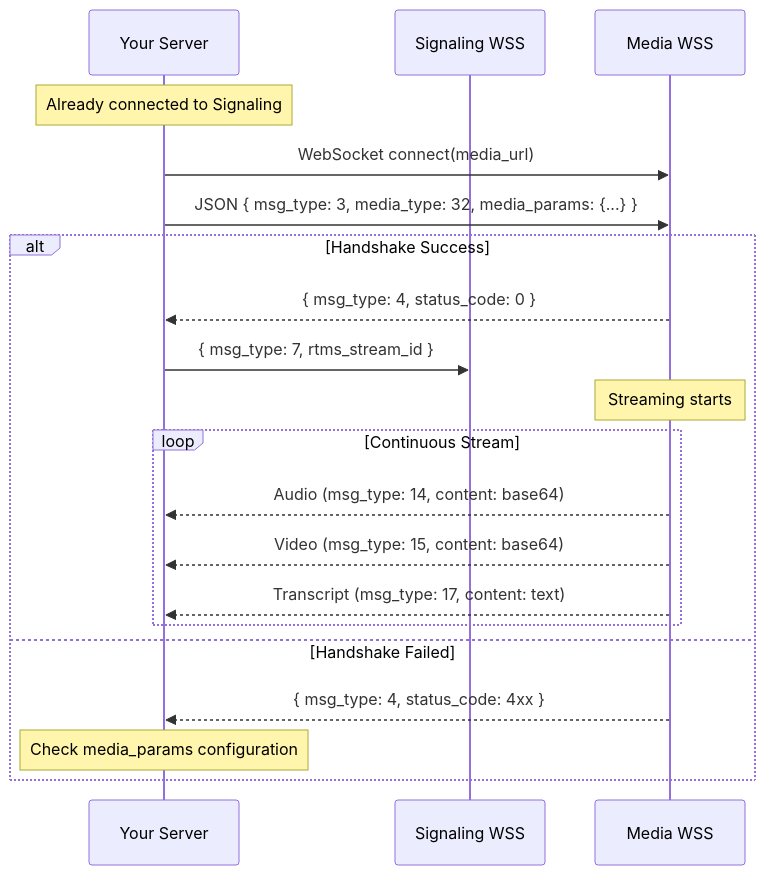
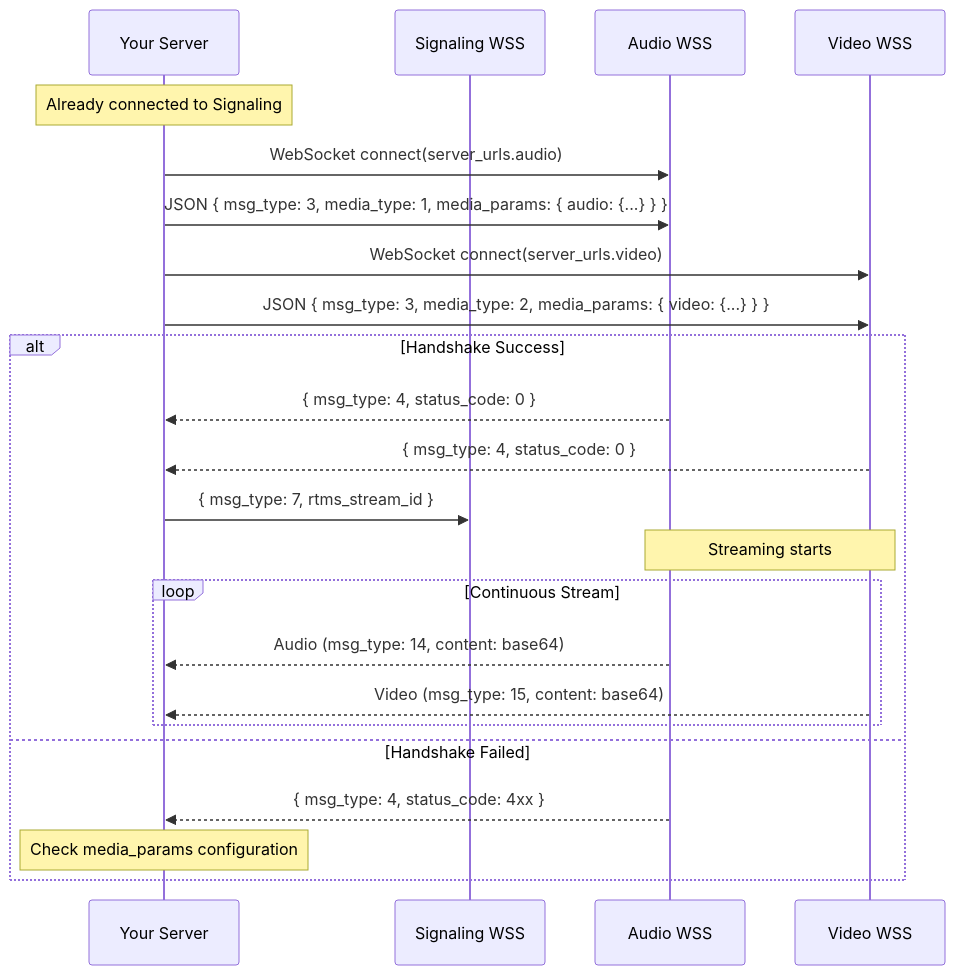
One commit to gengtang26/rtms-samples changed the third of 5 diagrams in ARCHITECTURE.md. Above: the diagram before and after it, drawn with Mermaid. The commit also changed other lines of this file and 140 other files, not shown here.

````diff
--- a/ARCHITECTURE.md
+++ b/ARCHITECTURE.md
@@ -106,26 +106,29 @@
 ```mermaid
 sequenceDiagram
     participant Server as Your Server
     participant Sig as Signaling WSS
-    participant Media as Media WSS
+    participant Audio as Audio WSS
+    participant Video as Video WSS
 
     Note over Server: Already connected to Signaling
 
-    Server->>Media: WebSocket connect(media_url)
-    Server->>Media: JSON { msg_type: 3, media_type: 32, media_params: {...} }
+    Server->>Audio: WebSocket connect(server_urls.audio)
+    Server->>Audio: JSON { msg_type: 3, media_type: 1, media_params: { audio: {...} } }
+    Server->>Video: WebSocket connect(server_urls.video)
+    Server->>Video: JSON { msg_type: 3, media_type: 2, media_params: { video: {...} } }
     
     alt Handshake Success
-        Media-->>Server: { msg_type: 4, status_code: 0 }
+        Audio-->>Server: { msg_type: 4, status_code: 0 }
+        Video-->>Server: { msg_type: 4, status_code: 0 }
         Server->>Sig: { msg_type: 7, rtms_stream_id }
-        Note over Media: Streaming starts
+        Note over Audio,Video: Streaming starts
         
         loop Continuous Stream
-            Media-->>Server: Audio (msg_type: 14, content: base64)
-            Media-->>Server: Video (msg_type: 15, content: base64)
-            Media-->>Server: Transcript (msg_type: 17, content: text)
+            Audio-->>Server: Audio (msg_type: 14, content: base64)
+            Video-->>Server: Video (msg_type: 15, content: base64)
         end
     else Handshake Failed
-        Media-->>Server: { msg_type: 4, status_code: 4xx }
+        Audio-->>Server: { msg_type: 4, status_code: 4xx }
         Note over Server: Check media_params configuration
     end
 ```
````
